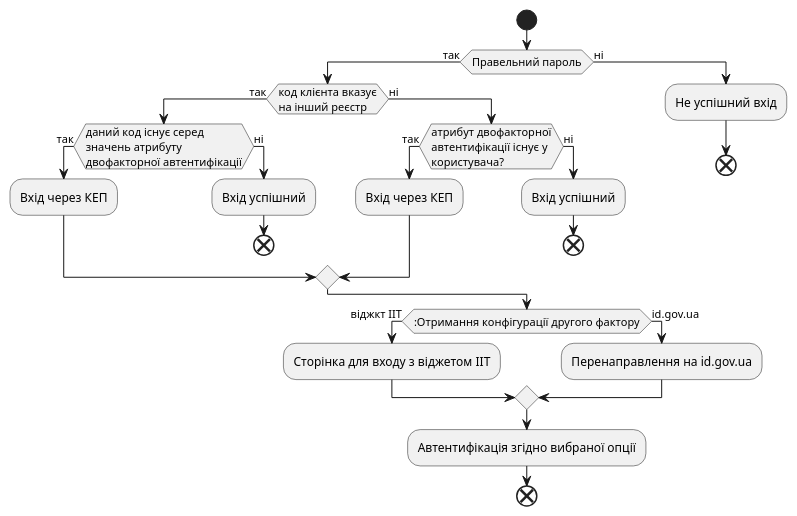
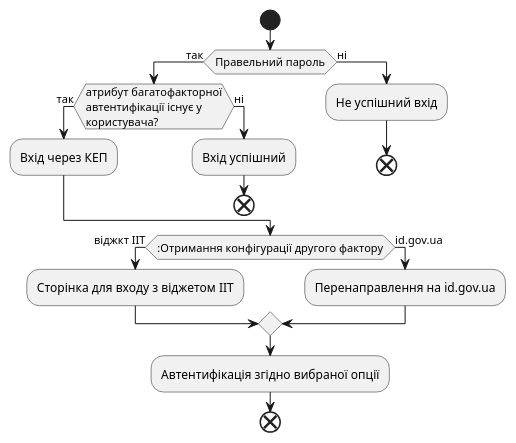
One commit to epam/edp-ddm-architecture changed the second of 4 diagrams in modules/arch/pages/architecture-workspace/platform-evolution/certificate-admin-login.adoc. Above: the diagram before and after it, drawn with PlantUML. The commit also changed other lines of this file, not shown here.

Commit message:
[EDP-DDM-0000] Changes after transition design added

```diff
--- a/modules/arch/pages/architecture-workspace/platform-evolution/certificate-admin-login.adoc
+++ b/modules/arch/pages/architecture-workspace/platform-evolution/certificate-admin-login.adoc
@@ -91,34 +91,25 @@
 [plantuml]
 ----
 @startuml
 start
 if (Правельний пароль) then (так)
-    if (код клієнта вказує\nна інший реєстр) then (так)
-        if (даний код існує серед\nзначень атрибуту\nдвофакторної автентифікації) then (так)
+        if (атрибут багатофакторної\nавтентифікації існує у\nкористувача?) then (так)
             :Вхід через КЕП;
         else (ні)
             :Вхід успішний;
             end;
         endif
-    else (ні)
-        if (атрибут двофакторної\nавтентифікації існує у\nкористувача?) then (так)
-            :Вхід через КЕП;
-        else (ні)
-            :Вхід успішний;
-            end;
-        endif
-    endif
 else (ні)
     :Не успішний вхід;
     end;
 endif
 
 if (:Отримання конфігурації другого фактору) then (віджкт ІІТ)
     :Сторінка для входу з віджетом ІІТ;
 else (id.gov.ua)
     :Перенаправлення на id.gov.ua;
 endif;
 :Автентифікація згідно вибраної опції;
 end;
 @enduml
 ----
```
